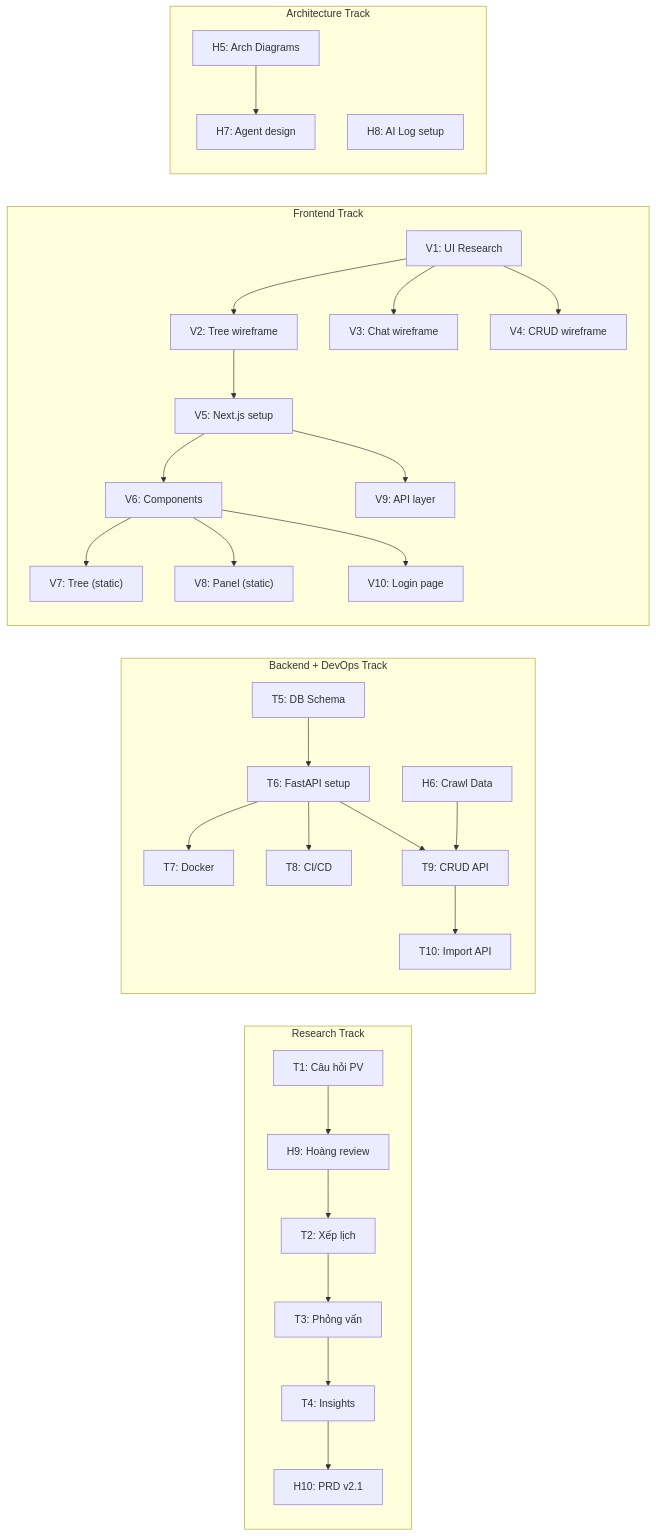
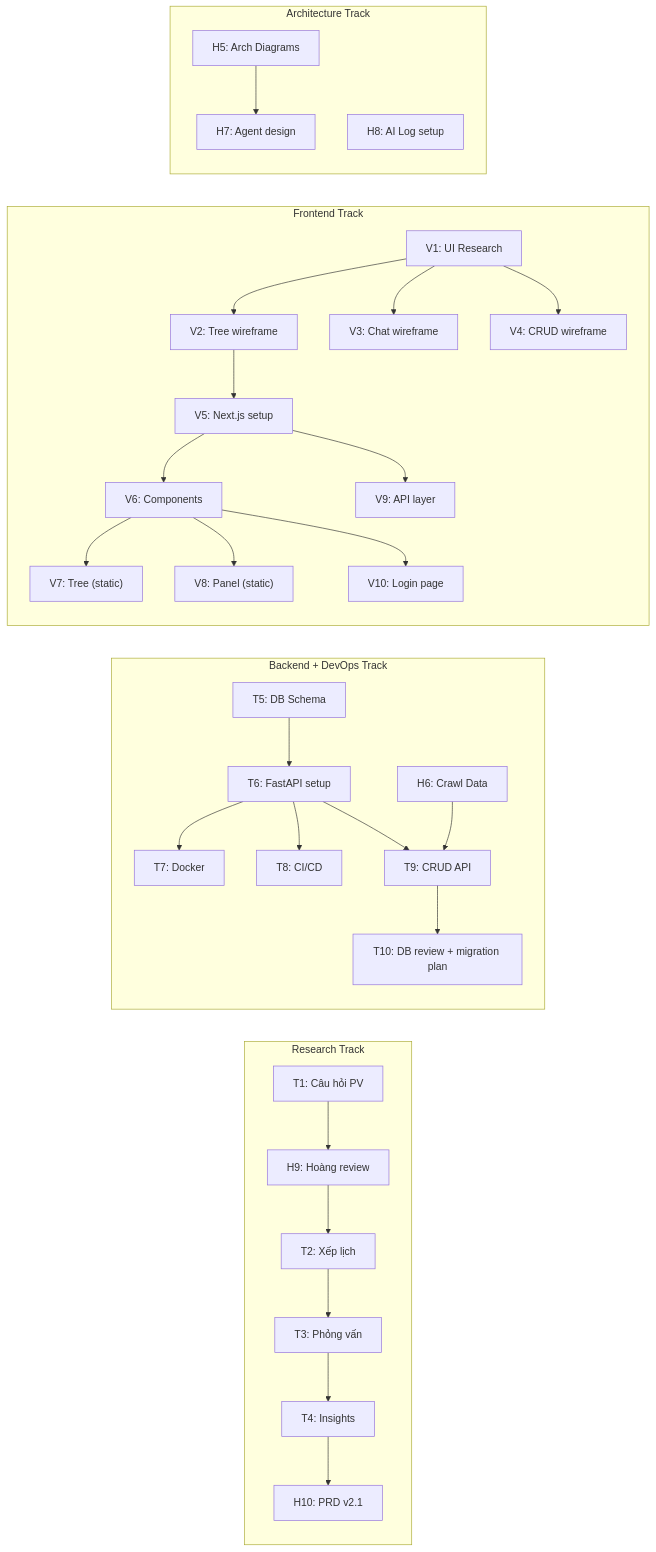
Before and after one commit to ritvien/-Learning-Analytics-AI: the diagram in docs/07-Sprint-Planning/Sprint1.md, drawn with Mermaid. The commit also changed other lines of this file and 45 other files, not shown here.

````diff
--- a/docs/07-Sprint-Planning/Sprint1.md
+++ b/docs/07-Sprint-Planning/Sprint1.md
@@ -121,36 +121,36 @@
 ```mermaid
 graph LR
     subgraph "Research Track"
         T1["T1: Câu hỏi PV"] --> H9["H9: Hoàng review"]
         H9 --> T2["T2: Xếp lịch"]
         T2 --> T3["T3: Phỏng vấn"]
         T3 --> T4["T4: Insights"]
         T4 --> H10["H10: PRD v2.1"]
     end
 
     subgraph "Backend + DevOps Track"
         T5["T5: DB Schema"] --> T6["T6: FastAPI setup"]
         T6 --> T7["T7: Docker"]
         T6 --> T8["T8: CI/CD"]
         T6 --> T9["T9: CRUD API"]
         H6["H6: Crawl Data"] --> T9
-        T9 --> T10["T10: Import API"]
+        T9 --> T10["T10: DB review + migration plan"]
     end
 
     subgraph "Frontend Track"
         V1["V1: UI Research"] --> V2["V2: Tree wireframe"]
         V1 --> V3["V3: Chat wireframe"]
         V1 --> V4["V4: CRUD wireframe"]
         V2 --> V5["V5: Next.js setup"]
         V5 --> V6["V6: Components"]
         V6 --> V7["V7: Tree (static)"]
         V6 --> V8["V8: Panel (static)"]
         V5 --> V9["V9: API layer"]
         V6 --> V10["V10: Login page"]
     end
 
     subgraph "Architecture Track"
         H5["H5: Arch Diagrams"] --> H7["H7: Agent design"]
         H8["H8: AI Log setup"]
     end
 ```
````
